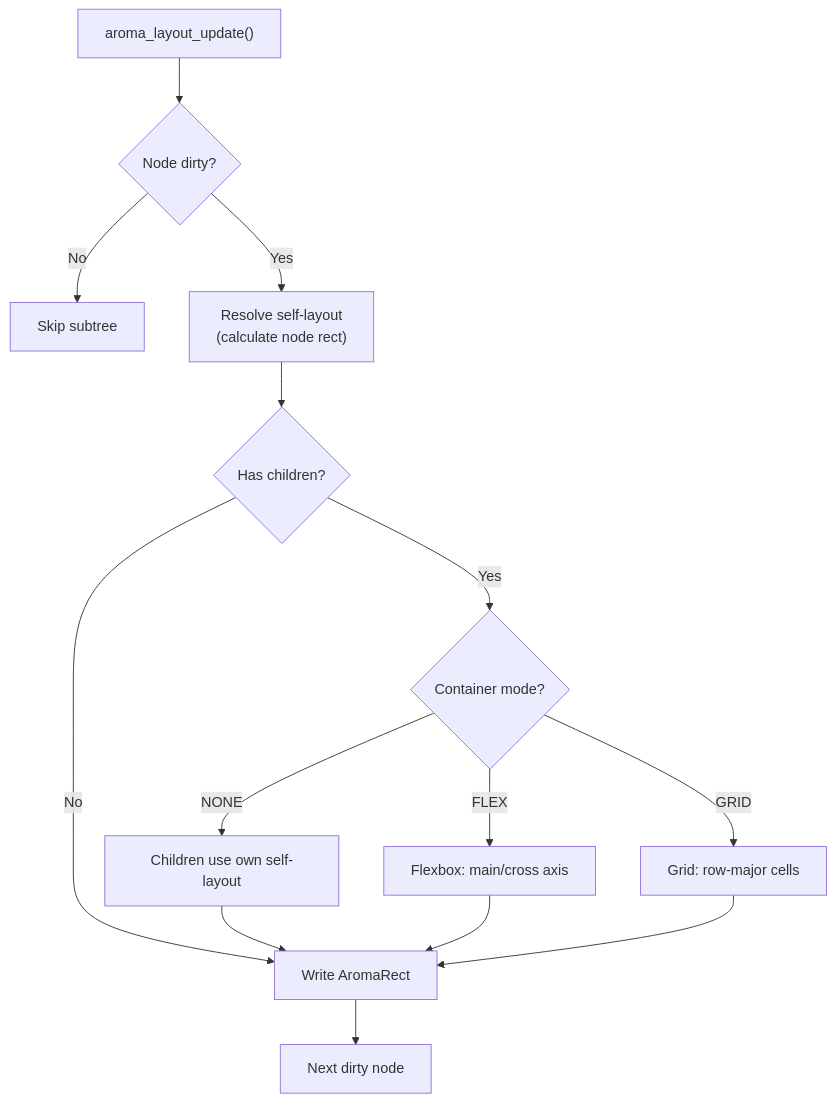
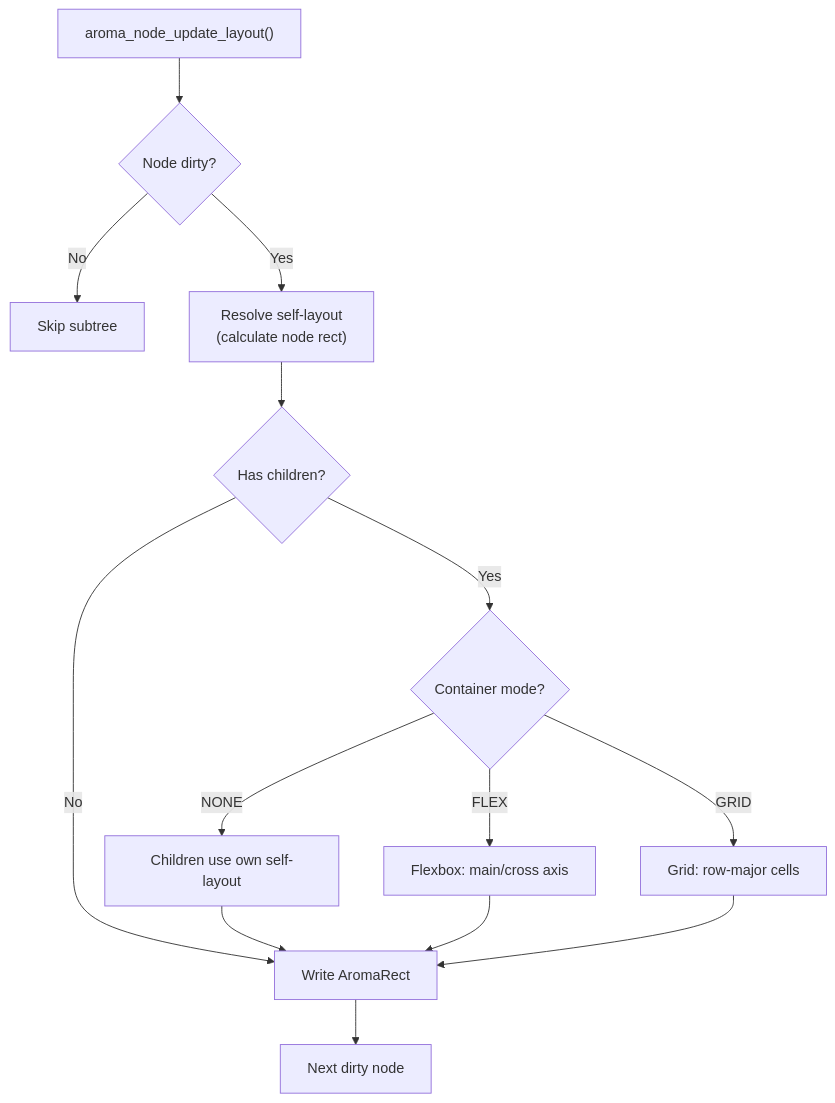
Before and after one commit to BinaryInkTN/AromaUI: the diagram in docs/core-framework/Layout-Engine.md, drawn with Mermaid. The commit also changed other lines of this file and 38 other files, not shown here.

````diff
--- a/docs/core-framework/Layout-Engine.md
+++ b/docs/core-framework/Layout-Engine.md
@@ -70,16 +70,16 @@
 ```mermaid
 flowchart TD
-    Start["aroma_layout_update()"] --> Dirty{"Node dirty?"}
+    Start["aroma_node_update_layout()"] --> Dirty{"Node dirty?"}
     Dirty -->|No| Skip["Skip subtree"]
     Dirty -->|Yes| Self["Resolve self-layout<br/>(calculate node rect)"]
     Self --> Container{"Has children?"}
     Container -->|No| Done["Write AromaRect"]
     Container -->|Yes| Mode{"Container mode?"}
     Mode -->|NONE| Absolute["Children use own self-layout"]
     Mode -->|FLEX| Flex["Flexbox: main/cross axis"]
     Mode -->|GRID| Grid["Grid: row-major cells"]
     Absolute --> Done
     Flex --> Done
     Grid --> Done
     Done --> Next["Next dirty node"]
 ```
````
